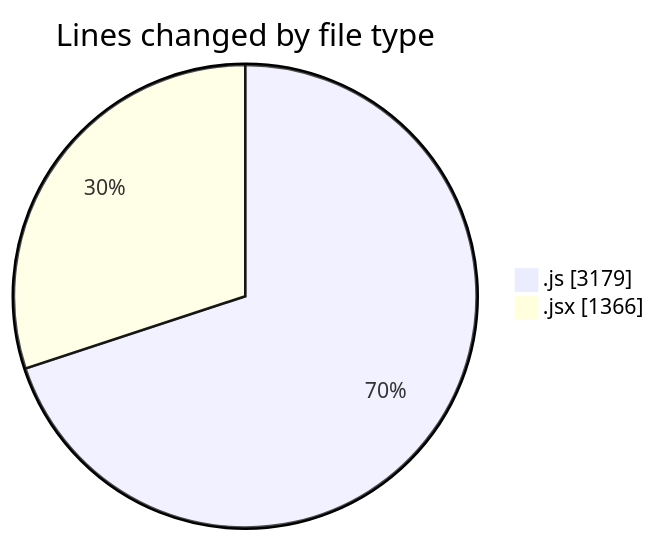
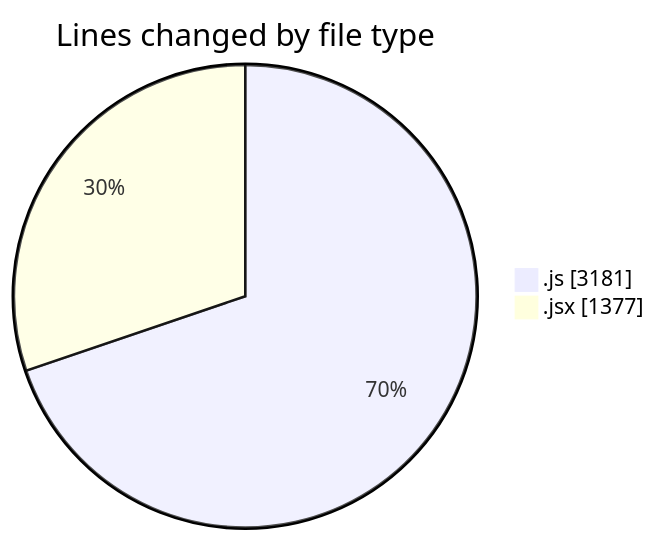
One commit to nxtqubesakshisongat/code-tracking changed the first of 2 diagrams in 2025-07-23/nxtqube_webapp/README.md. Above: the diagram before and after it, drawn with Mermaid. The commit also changed other lines of this file and 1 other file, not shown here.

````diff
--- a/2025-07-23/nxtqube_webapp/README.md
+++ b/2025-07-23/nxtqube_webapp/README.md
@@ -42,6 +42,6 @@
 ```mermaid
 pie showData
 title Lines changed by file type
-".js" : 3179
-".jsx" : 1366
+".js" : 3181
+".jsx" : 1377
 ```
````
